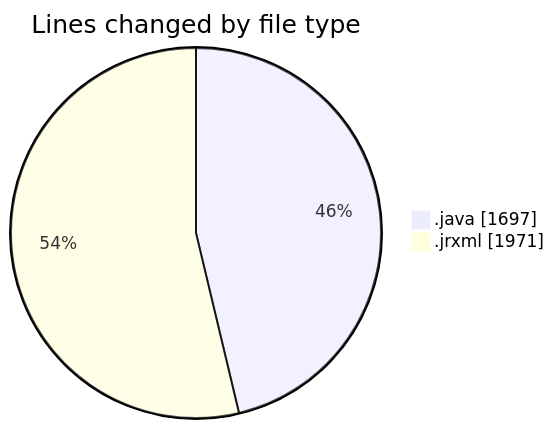
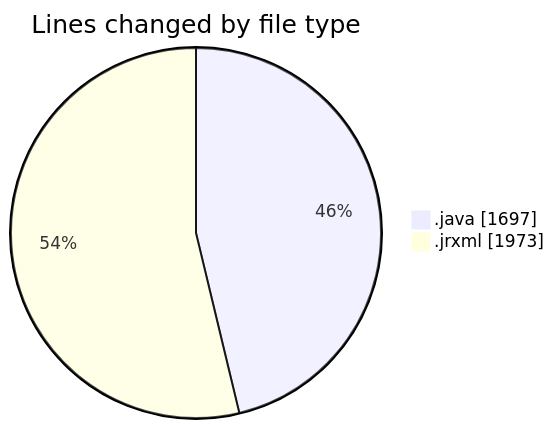
Before and after one commit to ricardozamudiocil/code-tracking: the first of 2 diagrams in 2026-09-30/cilreports__workspace_/README.md, drawn with Mermaid. The commit also changed other lines of this file and 1 other file, not shown here.

````diff
--- a/2026-09-30/cilreports__workspace_/README.md
+++ b/2026-09-30/cilreports__workspace_/README.md
@@ -25,6 +25,6 @@
 ```mermaid
 pie showData
 title Lines changed by file type
 ".java" : 1697
-".jrxml" : 1971
+".jrxml" : 1973
 ```
````
